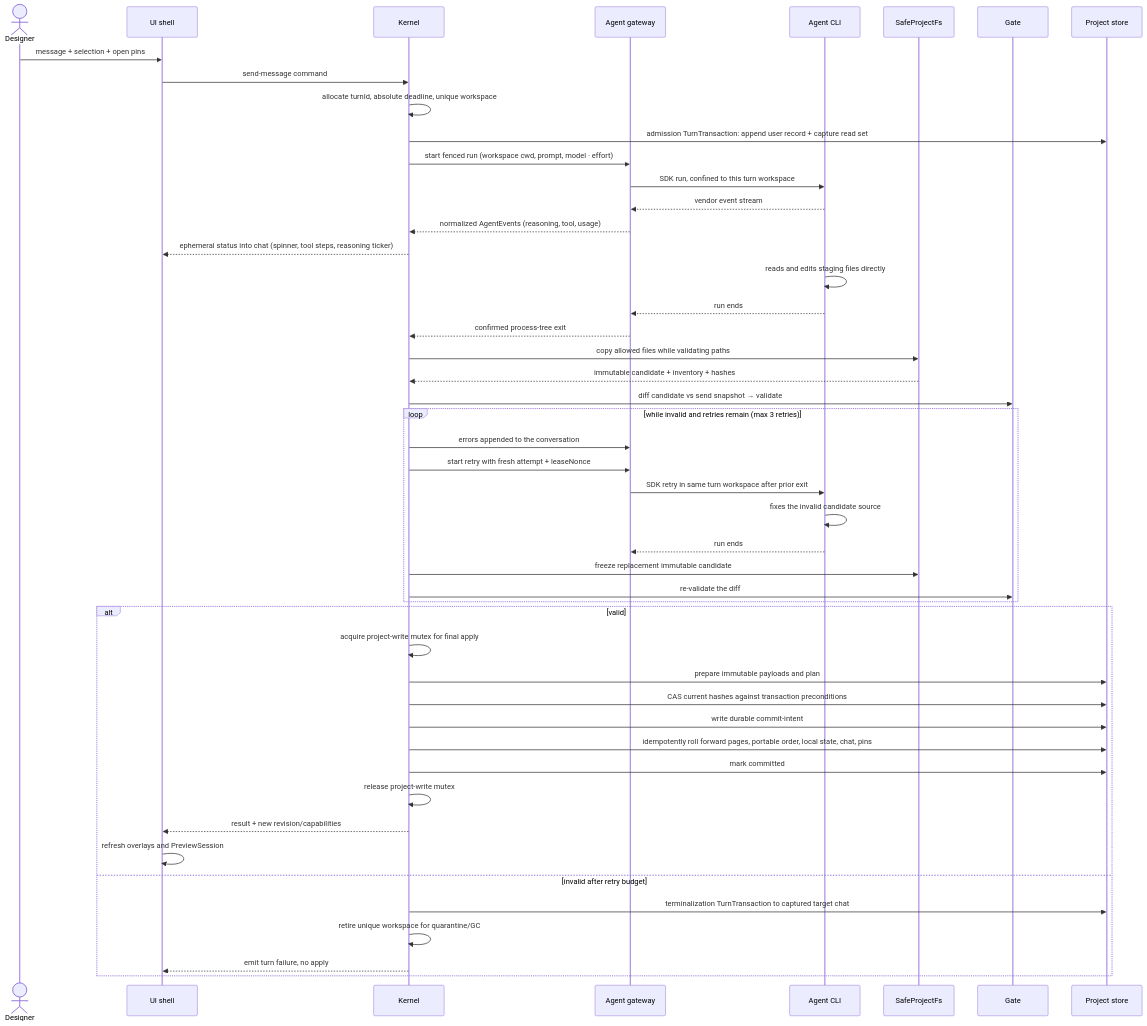
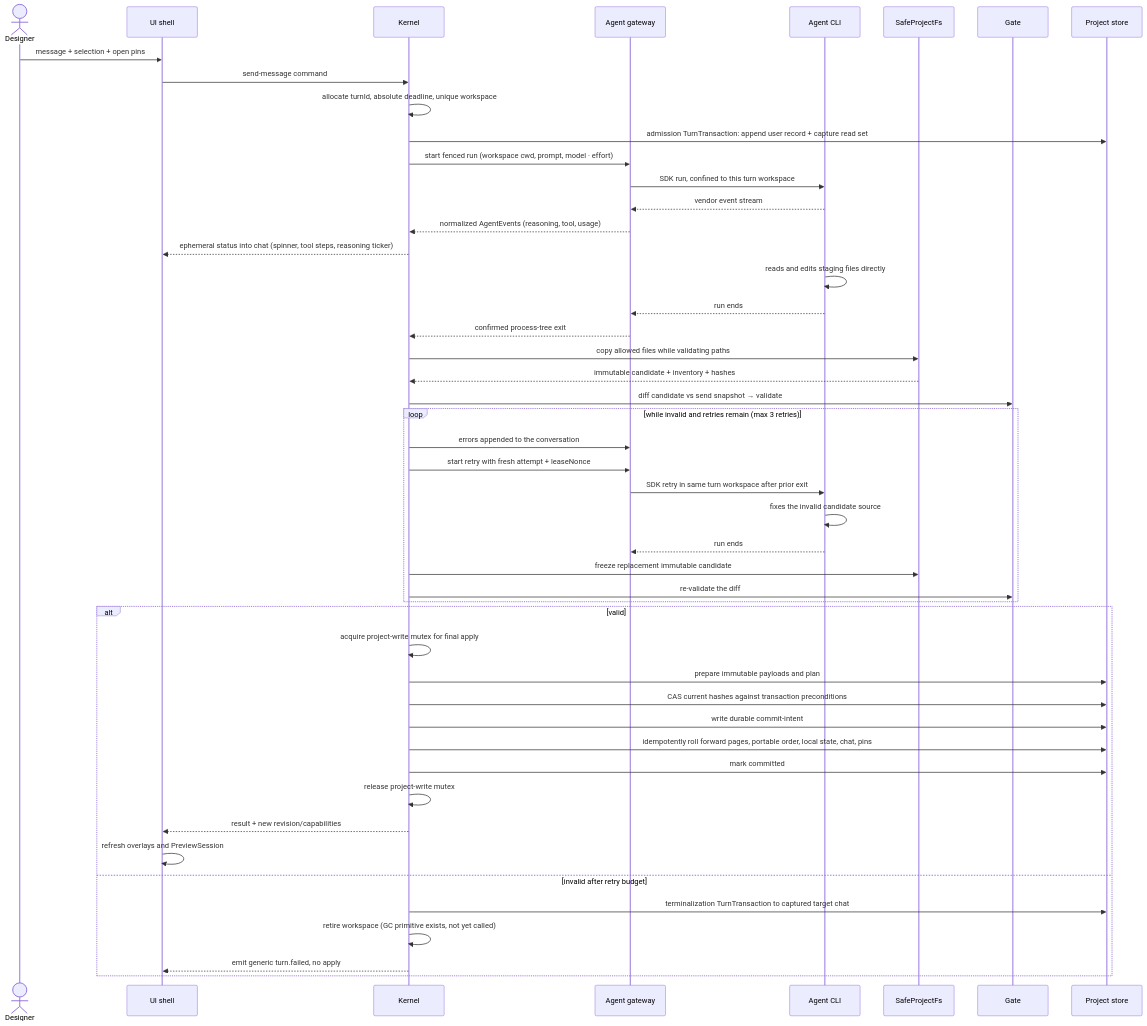
Before and after one commit to khmilevoi/termcraft: the diagram in docs/architecture/flows/generation-turn.md, drawn with Mermaid. The commit also changed other lines of this file and 12 other files, not shown here.

First line of the commit message:
docs(architecture): source-anchor sweep after the MVP gap closeout

````diff
--- a/docs/architecture/flows/generation-turn.md
+++ b/docs/architecture/flows/generation-turn.md
@@ -3,51 +3,51 @@
 ```mermaid
 sequenceDiagram
     actor U as Designer
     participant UI as UI shell
     participant K as Kernel
     participant G as Agent gateway
     participant C as Agent CLI
     participant F as SafeProjectFs
     participant V as Gate
     participant S as Project store
 
     U->>UI: message + selection + open pins
     UI->>K: send-message command
     K->>K: allocate turnId, absolute deadline, unique workspace
     K->>S: admission TurnTransaction: append user record + capture read set
     K->>G: start fenced run (workspace cwd, prompt, model · effort)
     G->>C: SDK run, confined to this turn workspace
     C-->>G: vendor event stream
     G-->>K: normalized AgentEvents (reasoning, tool, usage)
     K-->>UI: ephemeral status into chat (spinner, tool steps, reasoning ticker)
     C->>C: reads and edits staging files directly
     C-->>G: run ends
     G-->>K: confirmed process-tree exit
     K->>F: copy allowed files while validating paths
     F-->>K: immutable candidate + inventory + hashes
     K->>V: diff candidate vs send snapshot → validate
     loop while invalid and retries remain (max 3 retries)
         K->>G: errors appended to the conversation
         K->>G: start retry with fresh attempt + leaseNonce
         G->>C: SDK retry in same turn workspace after prior exit
         C->>C: fixes the invalid candidate source
         C-->>G: run ends
         K->>F: freeze replacement immutable candidate
         K->>V: re-validate the diff
     end
     alt valid
         K->>K: acquire project-write mutex for final apply
         K->>S: prepare immutable payloads and plan
         K->>S: CAS current hashes against transaction preconditions
         K->>S: write durable commit-intent
         K->>S: idempotently roll forward pages, portable order, local state, chat, pins
         K->>S: mark committed
         K->>K: release project-write mutex
         K-->>UI: result + new revision/capabilities
         UI->>UI: refresh overlays and PreviewSession
     else invalid after retry budget
         K->>S: terminalization TurnTransaction to captured target chat
-        K->>K: retire unique workspace for quarantine/GC
-        K-->>UI: emit turn failure, no apply
+        K->>K: retire workspace (GC primitive exists, not yet called)
+        K-->>UI: emit generic turn.failed, no apply
     end
 ```
````
